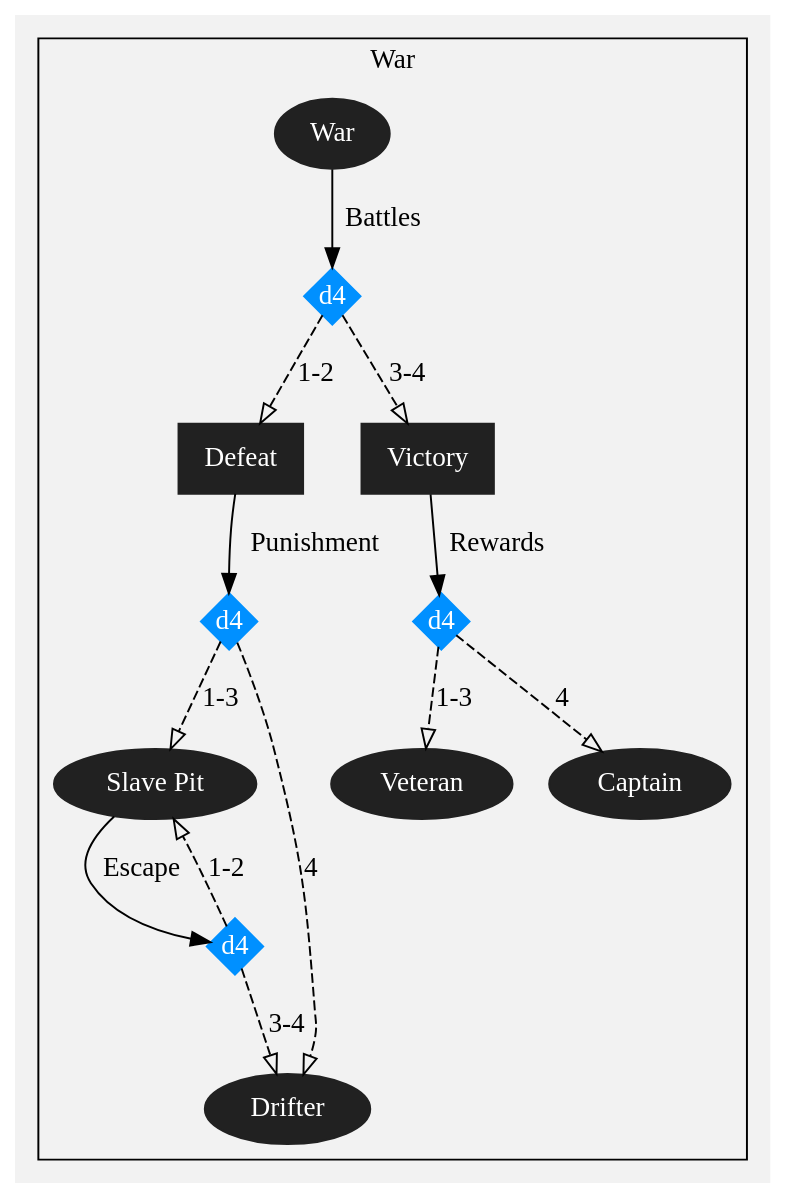
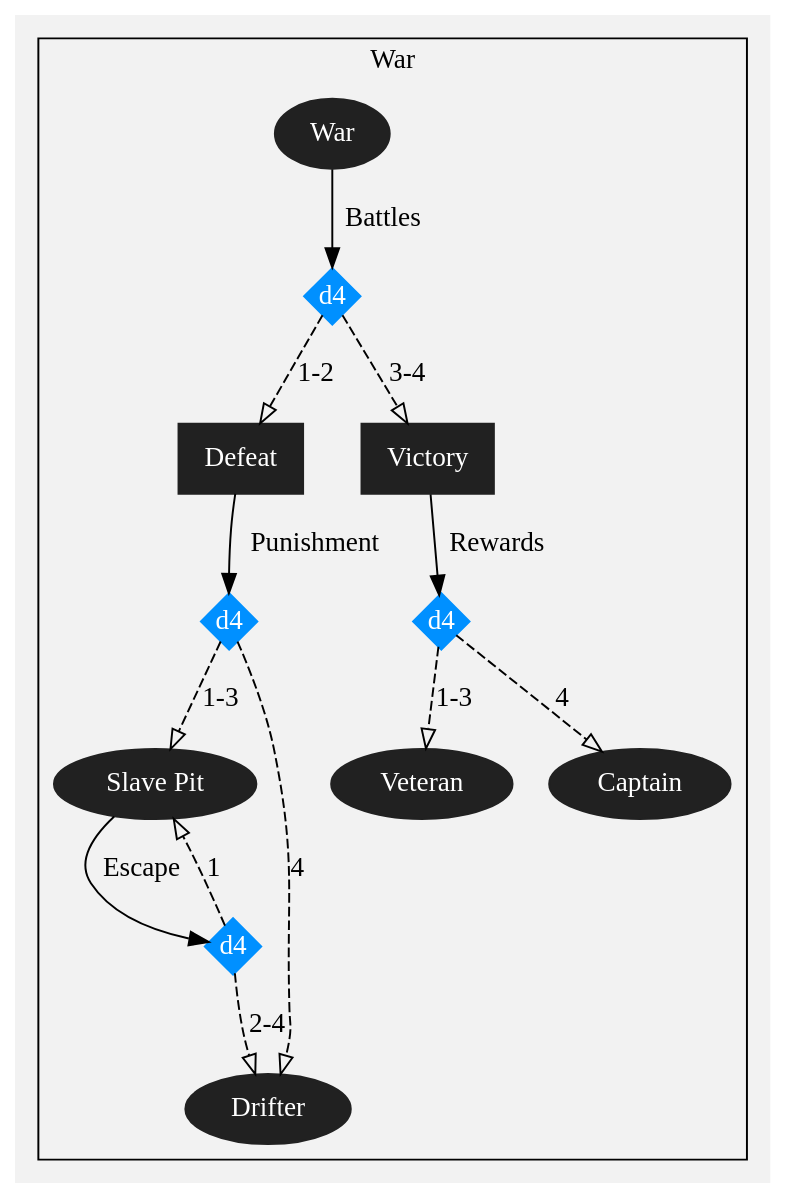
The diagram in lifepath/war.dot (seance/paraverse), drawn with Graphviz before and after one commit. The commit also changed 6 other files, not shown here.

```diff
--- a/lifepath/war.dot
+++ b/lifepath/war.dot
@@ -1,33 +1,33 @@
 digraph {
     graph [compound=true, layout=dot, overlap=false, bgcolor="#f2f2f2"];
     node [style=filled, color="#212121", fontcolor="#ffffff"];
 
     subgraph cluster_war {
         label="War";
 
         "War" -> war_won_lost [label="Battles"];
         war_won_lost [label="d4", shape=diamond, style=filled, color="#0090ff", width=0.4, height=0.4, fixedsize=true];
 
         "Defeat" [shape=box];
 
         "Defeat" -> defeat_drifter_slave [label="Punishment"];
         defeat_drifter_slave [label="d4", shape=diamond, style=filled, color="#0090ff", width=0.4, height=0.4, fixedsize=true];
         defeat_drifter_slave -> "Slave Pit" [style=dashed, arrowhead=empty, label="1-3"];
         defeat_drifter_slave -> "Drifter" [style=dashed, arrowhead=empty, label="4"];
 
         "Slave Pit" -> slave_drifter_slave [label="Escape"];
         slave_drifter_slave [label="d4", shape=diamond, style=filled, color="#0090ff", width=0.4, height=0.4, fixedsize=true];
-        slave_drifter_slave -> "Slave Pit" [style=dashed, arrowhead=empty, label="1-2"];
-        slave_drifter_slave -> "Drifter" [style=dashed, arrowhead=empty, label="3-4"];
+        slave_drifter_slave -> "Slave Pit" [style=dashed, arrowhead=empty, label="1"];
+        slave_drifter_slave -> "Drifter" [style=dashed, arrowhead=empty, label="2-4"];
 
         "Victory" [shape=box];
 
         "Victory" -> victory_veteran_captain [label="Rewards"];
         victory_veteran_captain [label="d4", shape=diamond, style=filled, color="#0090ff", width=0.4, height=0.4, fixedsize=true];
         victory_veteran_captain -> "Veteran" [style=dashed, arrowhead=empty, label="1-3"];
         victory_veteran_captain -> "Captain" [style=dashed, arrowhead=empty, label="4"];
 
         war_won_lost -> "Defeat" [style=dashed, arrowhead=empty, label="1-2"];
         war_won_lost -> "Victory" [style=dashed, arrowhead=empty, label="3-4"];
     }
 }
```
